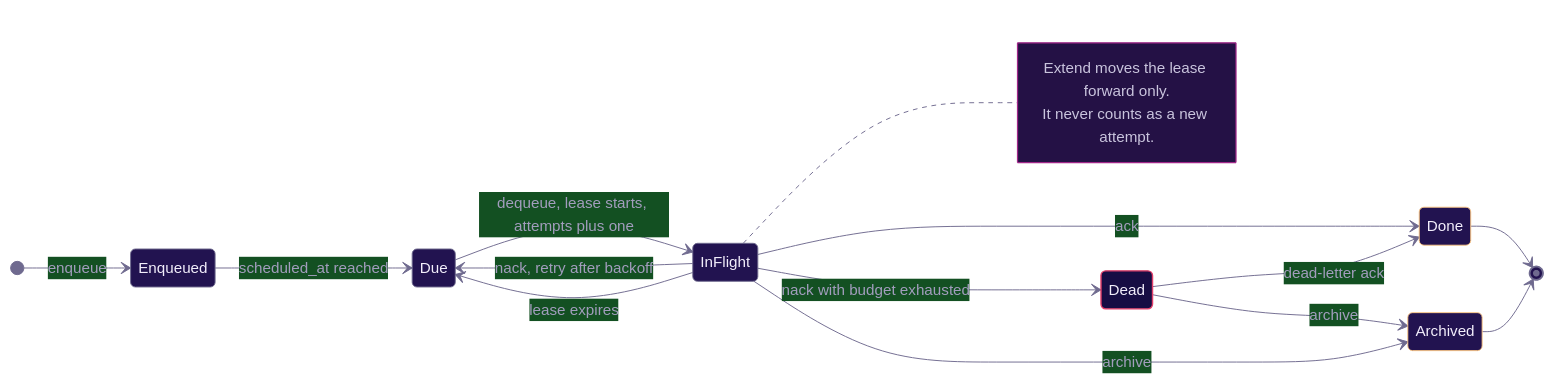
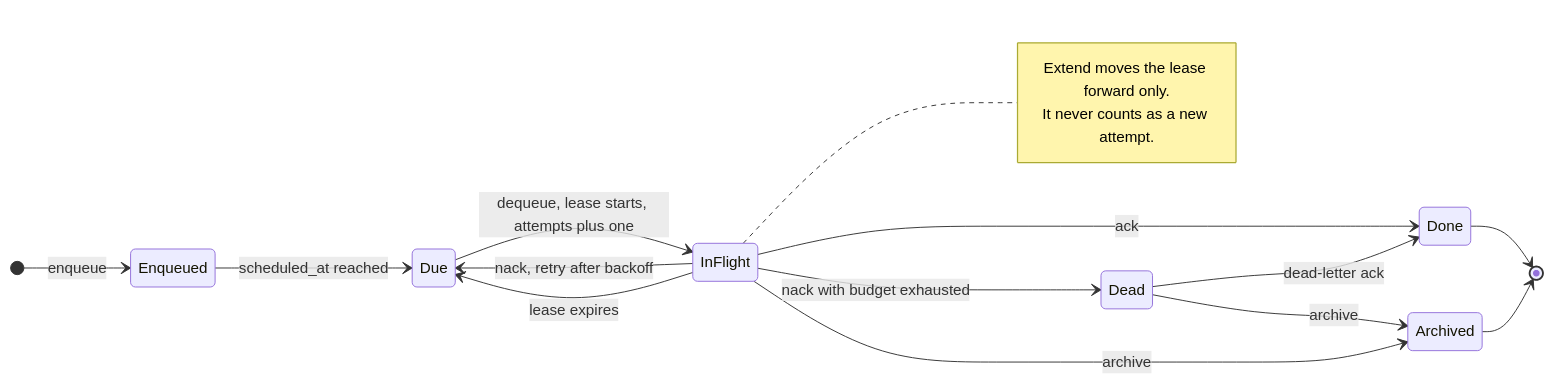
The fourth of 15 diagrams in ARCHITECTURE.md (dmunish/mikyu), drawn with Mermaid before and after one commit. The commit also changed other lines of this file, not shown here.

Commit message:
[docs] ARCHITECTURE: remove theming

````diff
--- a/ARCHITECTURE.md
+++ b/ARCHITECTURE.md
@@ -240,41 +188,26 @@
 ```mermaid
 ---
 config:
-  theme: base
   themeVariables:
-    background: "#170d44"
     fontFamily: "IBM Plex Mono, monospace"
-    primaryColor: "#221350"
-    primaryBorderColor: "#6f6a8f"
-    primaryTextColor: "#f2eefb"
-    lineColor: "#6f6a8f"
-    textColor: "#a29dbd"
-    noteBkgColor: "#241145"
-    noteBorderColor: "#a12789"
-    noteTextColor: "#c9c4dd"
 ---
 stateDiagram-v2
     direction LR
     [*] --> Enqueued: enqueue
     Enqueued --> Due: scheduled_at reached
     Due --> InFlight: dequeue, lease starts, attempts plus one
     InFlight --> Done: ack
     InFlight --> Due: nack, retry after backoff
     InFlight --> Due: lease expires
     InFlight --> Dead: nack with budget exhausted
     Dead --> Done: dead-letter ack
     Dead --> Archived: archive
     InFlight --> Archived: archive
     Done --> [*]
     Archived --> [*]
 
-    classDef terminal fill:#221350,stroke:#ffca86,color:#f2eefb
-    classDef danger fill:#170d44,stroke:#e33f6a,color:#f2eefb,stroke-width:1.5px
-    class Done,Archived terminal
-    class Dead danger
-
     note right of InFlight
         Extend moves the lease forward only.
         It never counts as a new attempt.
     end note
 ```
````
